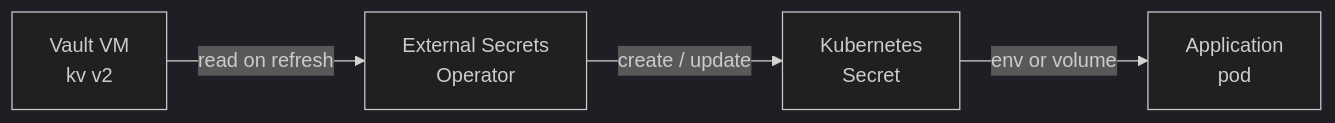
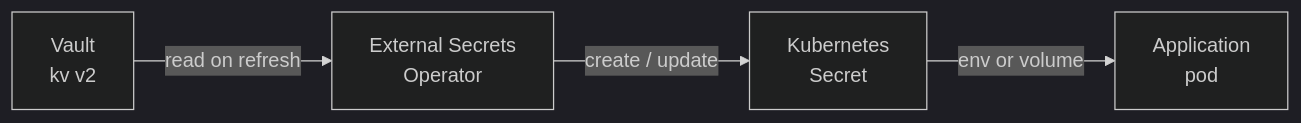
One commit to kbntx-org/nexus changed the second of 2 diagrams in docs/src/platform/secrets/01-overview.md. Above: the diagram before and after it, drawn with Mermaid. The commit also changed other lines of this file and 2 other files, not shown here.

````diff
--- a/docs/src/platform/secrets/01-overview.md
+++ b/docs/src/platform/secrets/01-overview.md
@@ -115,12 +132,12 @@
 ```mermaid
 %%{init: {'theme':'dark'}}%%
 graph LR
-    Vault[Vault VM<br/>kv v2]
+    Vault[Vault<br/>kv v2]
     ESO[External Secrets<br/>Operator]
     Secret[Kubernetes<br/>Secret]
     App[Application<br/>pod]
 
     Vault -->|read on refresh| ESO
     ESO -->|create / update| Secret
     Secret -->|env or volume| App
 ```
````
